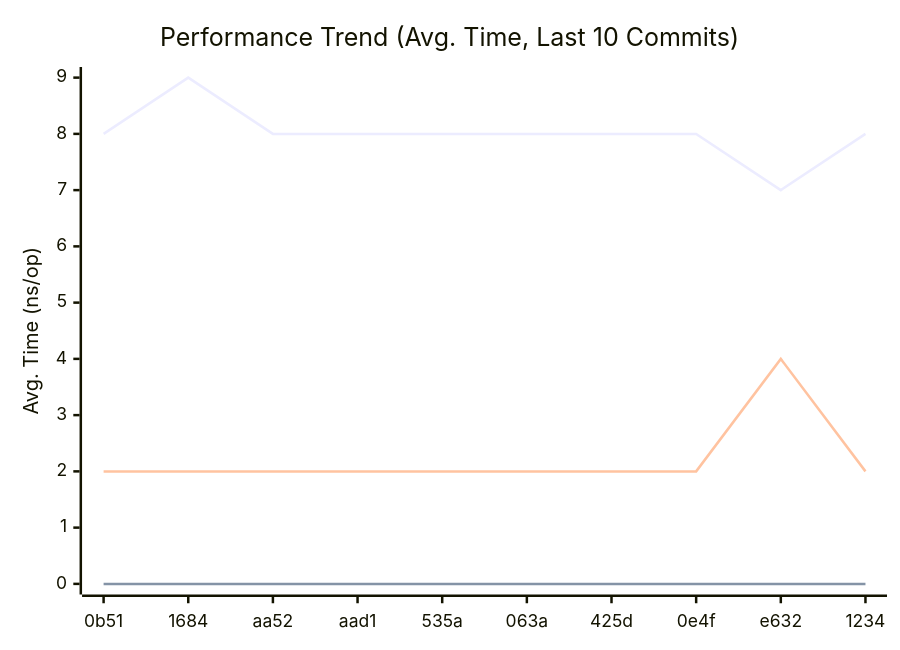
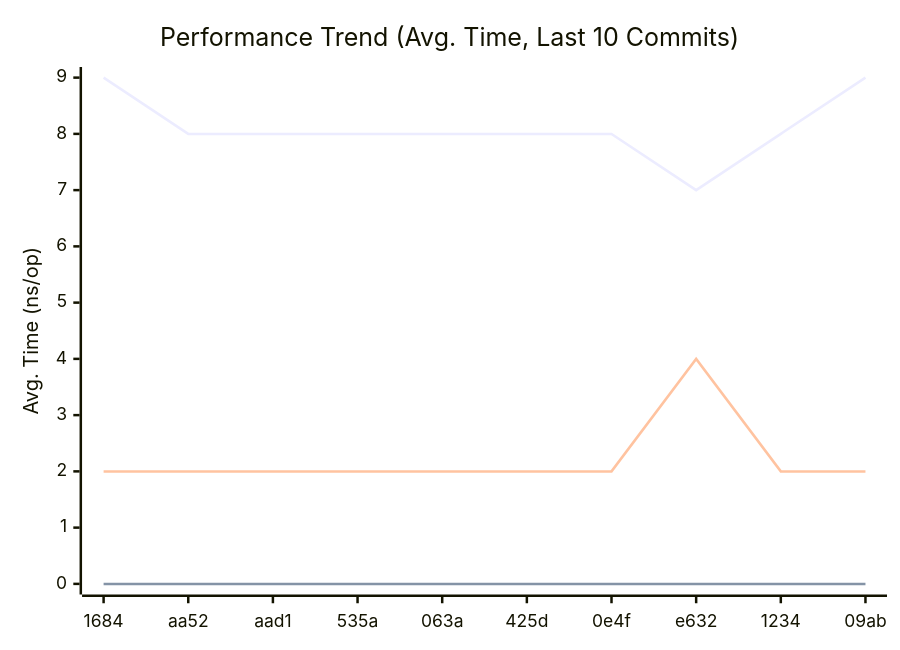
Before and after one commit to alsotoes/momo: the first of 3 diagrams in doc/README.md, drawn with Mermaid. The commit also changed other lines of this file and 1 other file, not shown here.

````diff
--- a/doc/README.md
+++ b/doc/README.md
@@ -290,10 +290,10 @@
 ```mermaid
 xychart-beta
     title "Performance Trend (Avg. Time, Last 10 Commits)"
     x-axis "Commit"
     y-axis "Avg. Time (ns/op)"
-    x-axis [0b51,1684,aa52,aad1,535a,063a,425d,0e4f,e632,1234]
-    line "CheckMetricsAndSwap" [8,9,8,8,8,8,8,8,7,8]
+    x-axis [1684,aa52,aad1,535a,063a,425d,0e4f,e632,1234,09ab]
+    line "CheckMetricsAndSwap" [9,8,8,8,8,8,8,7,8,9]
     line "IndexDirectTracking" [0,0,0,0,0,0,0,0,0,0]
-    line "IndexSearch" [2,2,2,2,2,2,2,2,4,2]
+    line "IndexSearch" [2,2,2,2,2,2,2,4,2,2]
 ```
````
